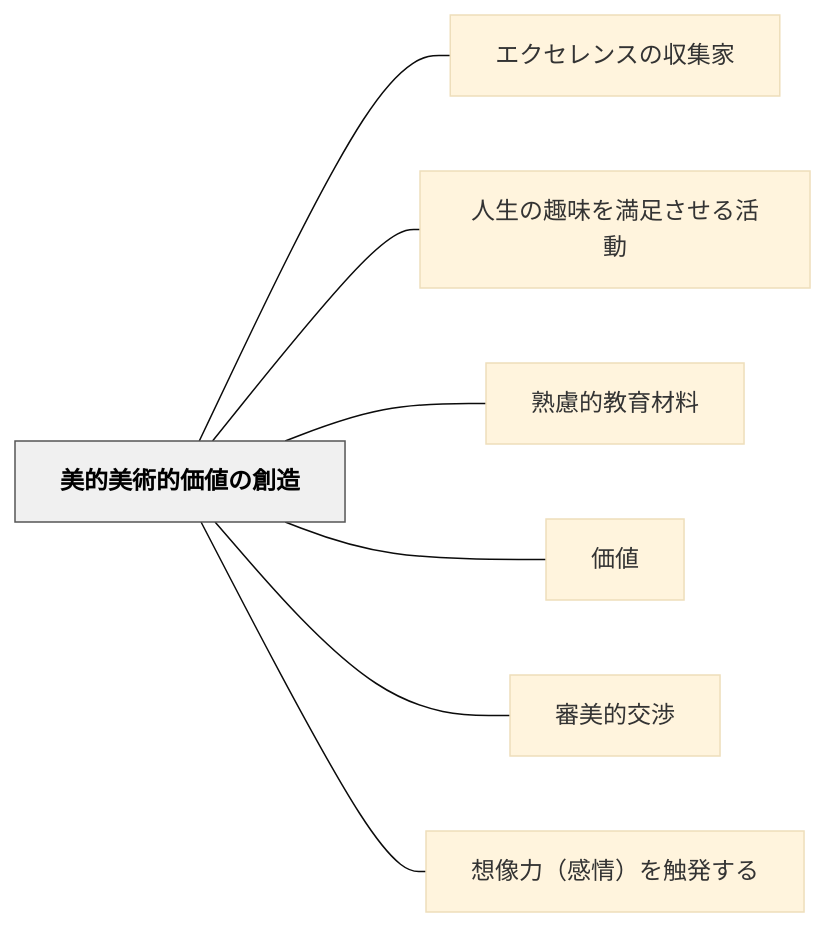
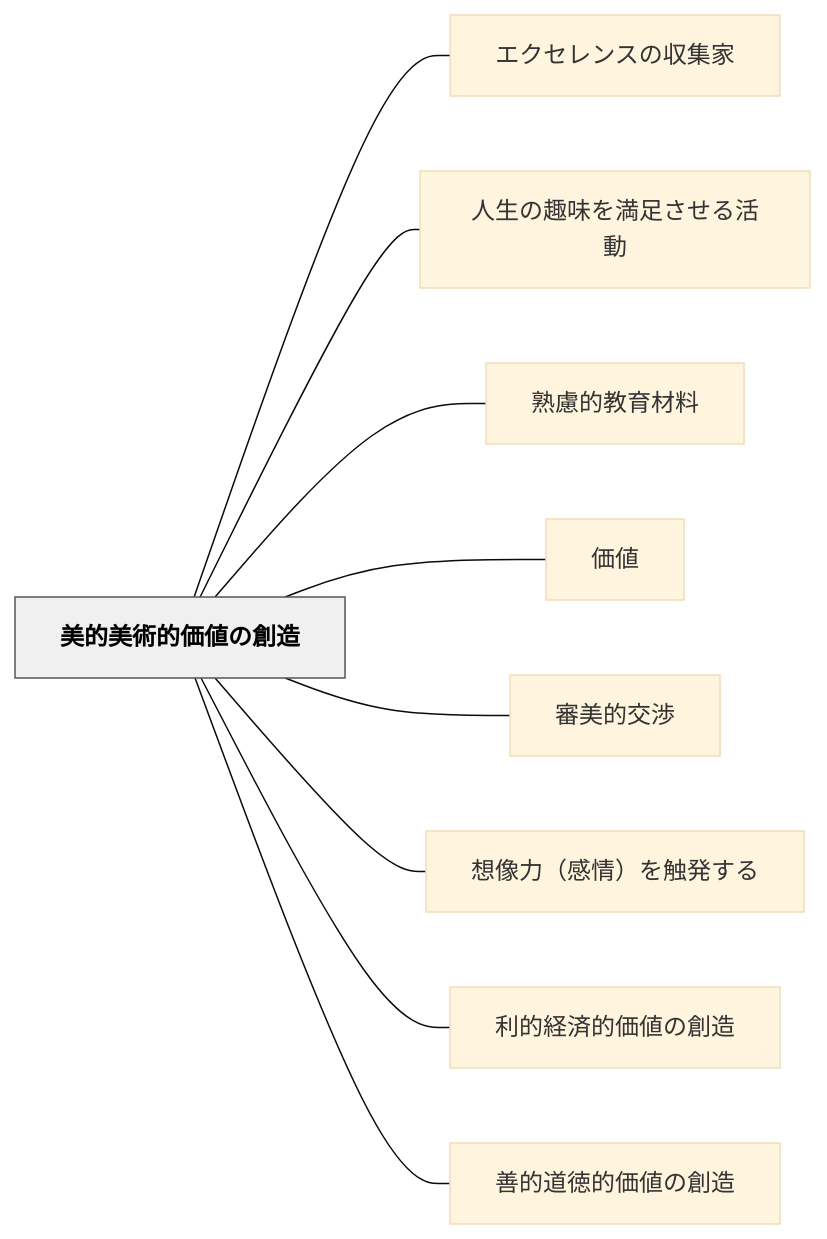
The diagram in content/パタン/美的美術的価値の創造.md (unknownthings-ed-patterns/unknownthings-ed-patterns), drawn with Mermaid (base theme) before and after one commit. The commit also changed other lines of this file and 44 other files, not shown here.

````diff
--- a/content/パタン/美的美術的価値の創造.md
+++ b/content/パタン/美的美術的価値の創造.md
@@ -86,20 +91,24 @@
 ```mermaid
 flowchart LR
     ne7be8ee79a84e7be8ee8a193e79a84e4bea1e580a4e381aee589b5e980a0["美的美術的価値の創造"]
     ne382a8e382afe382bbe383ace383b3e382b9e381aee58f8ee99b86e5aeb6["エクセレンスの収集家"]
     ne4babae7949fe381aee8b6a3e591b3e38292e6ba80e8b6b3e38195e3819be3828be6b4bbe58b95["人生の趣味を満足させる活動"]
     ne7869fe685aee79a84e69599e882b2e69d90e69699["熟慮的教育材料"]
     ne4bea1e580a4["価値"]
     ne5afa9e7be8ee79a84e4baa4e6b889["審美的交渉"]
     ne683b3e5838fe58a9befbc88e6849fe68385efbc89e38292e8a7a6e799bae38199e3828b["想像力（感情）を触発する"]
+    ne588a9e79a84e7b58ce6b888e79a84e4bea1e580a4e381aee589b5e980a0["利的経済的価値の創造"]
+    ne59684e79a84e98193e5beb3e79a84e4bea1e580a4e381aee589b5e980a0["善的道徳的価値の創造"]
 
     ne7be8ee79a84e7be8ee8a193e79a84e4bea1e580a4e381aee589b5e980a0 --- ne382a8e382afe382bbe383ace383b3e382b9e381aee58f8ee99b86e5aeb6
     ne7be8ee79a84e7be8ee8a193e79a84e4bea1e580a4e381aee589b5e980a0 --- ne4babae7949fe381aee8b6a3e591b3e38292e6ba80e8b6b3e38195e3819be3828be6b4bbe58b95
     ne7be8ee79a84e7be8ee8a193e79a84e4bea1e580a4e381aee589b5e980a0 --- ne7869fe685aee79a84e69599e882b2e69d90e69699
     ne7be8ee79a84e7be8ee8a193e79a84e4bea1e580a4e381aee589b5e980a0 --- ne4bea1e580a4
     ne7be8ee79a84e7be8ee8a193e79a84e4bea1e580a4e381aee589b5e980a0 --- ne5afa9e7be8ee79a84e4baa4e6b889
     ne7be8ee79a84e7be8ee8a193e79a84e4bea1e580a4e381aee589b5e980a0 --- ne683b3e5838fe58a9befbc88e6849fe68385efbc89e38292e8a7a6e799bae38199e3828b
+    ne7be8ee79a84e7be8ee8a193e79a84e4bea1e580a4e381aee589b5e980a0 --- ne588a9e79a84e7b58ce6b888e79a84e4bea1e580a4e381aee589b5e980a0
+    ne7be8ee79a84e7be8ee8a193e79a84e4bea1e580a4e381aee589b5e980a0 --- ne59684e79a84e98193e5beb3e79a84e4bea1e580a4e381aee589b5e980a0
 
     classDef hub fill:#f0f0f0,stroke:#555,color:#000,font-weight:bold
     class ne7be8ee79a84e7be8ee8a193e79a84e4bea1e580a4e381aee589b5e980a0 hub
 ```
````
